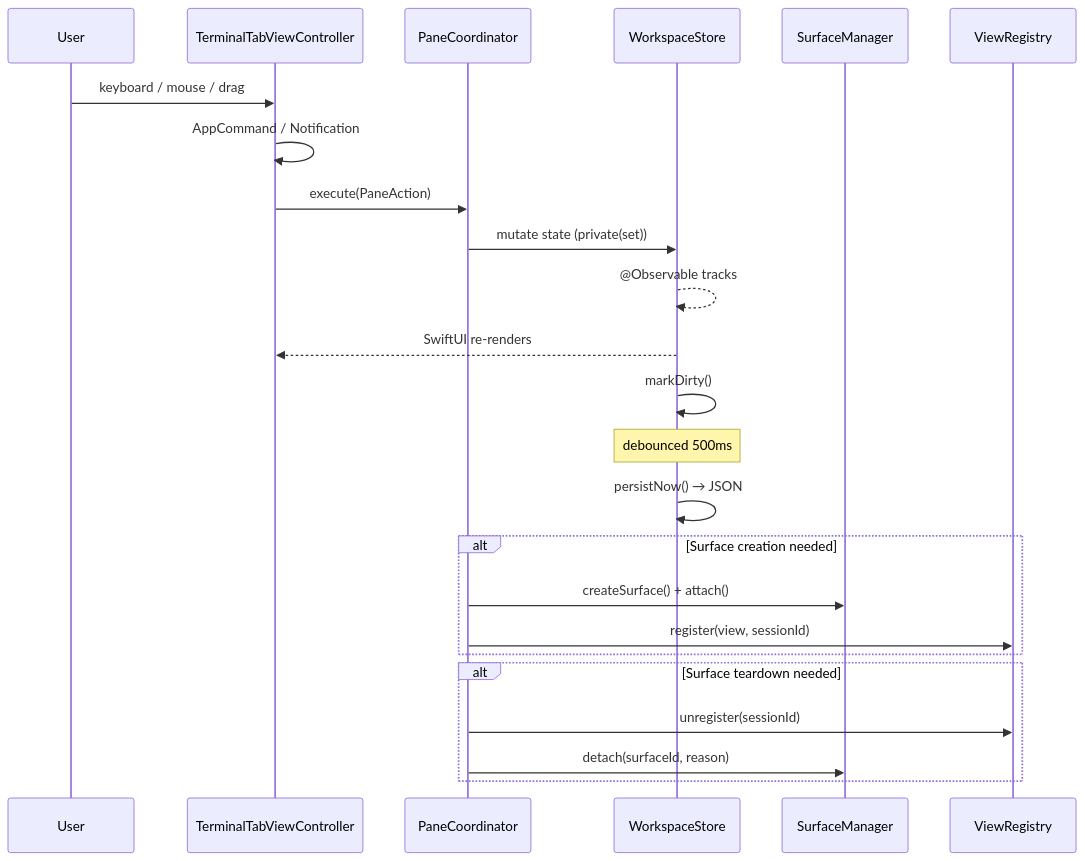
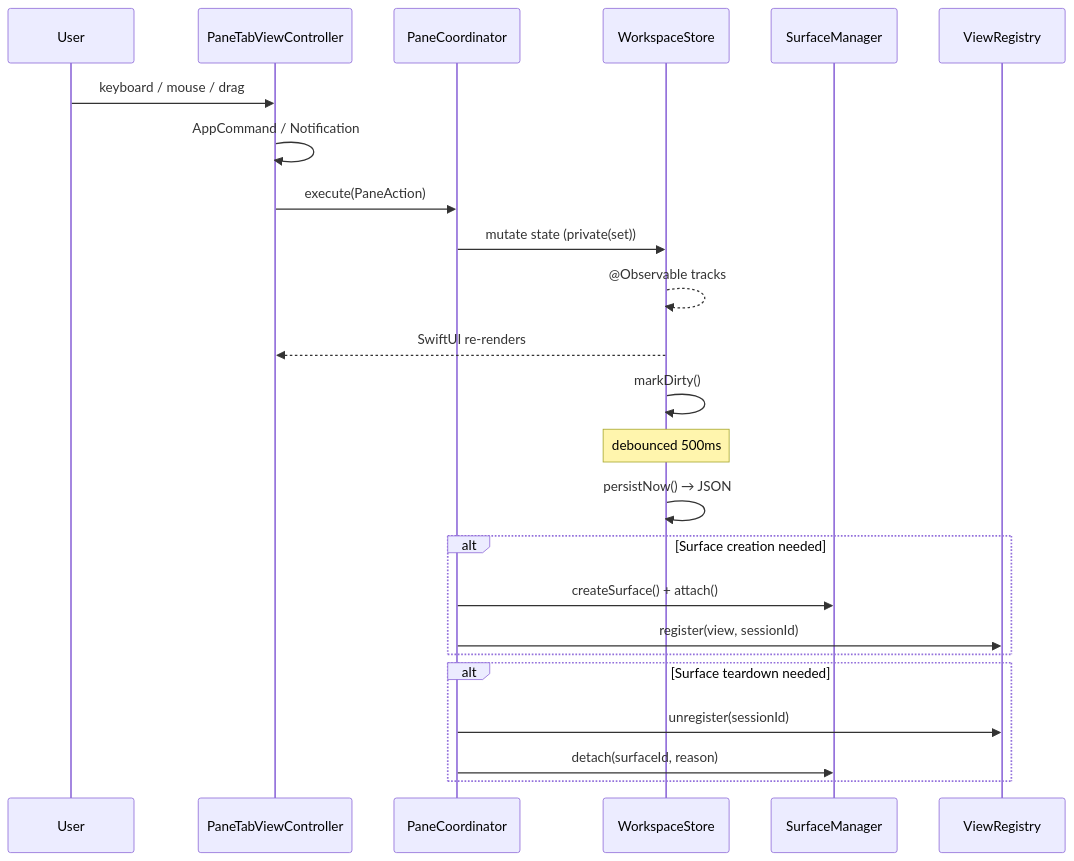
The second of 3 diagrams in docs/architecture/component_architecture.md (ShravanSunder/agentstudio), drawn with Mermaid before and after one commit. The commit also changed other lines of this file and 310 other files, not shown here.

````diff
--- a/docs/architecture/component_architecture.md
+++ b/docs/architecture/component_architecture.md
@@ -441,29 +442,29 @@
 ```mermaid
 sequenceDiagram
     participant User
-    participant TTVC as TerminalTabViewController
+    participant PaneTabViewController
     participant PC as PaneCoordinator
     participant Store as WorkspaceStore
     participant SM as SurfaceManager
     participant VR as ViewRegistry
 
-    User->>TTVC: keyboard / mouse / drag
-    TTVC->>TTVC: AppCommand / Notification
-    TTVC->>PC: execute(PaneAction)
+    User->>PaneTabViewController: keyboard / mouse / drag
+    PaneTabViewController->>PaneTabViewController: AppCommand / Notification
+    PaneTabViewController->>PC: execute(PaneAction)
     PC->>Store: mutate state (private(set))
     Store-->>Store: @Observable tracks
-    Store-->>TTVC: SwiftUI re-renders
+    Store-->>PaneTabViewController: SwiftUI re-renders
     Store->>Store: markDirty()
     Note over Store: debounced 500ms
     Store->>Store: persistNow() → JSON
 
     alt Surface creation needed
         PC->>SM: createSurface() + attach()
         PC->>VR: register(view, sessionId)
     end
 
     alt Surface teardown needed
         PC->>VR: unregister(sessionId)
         PC->>SM: detach(surfaceId, reason)
     end
 ```
````
